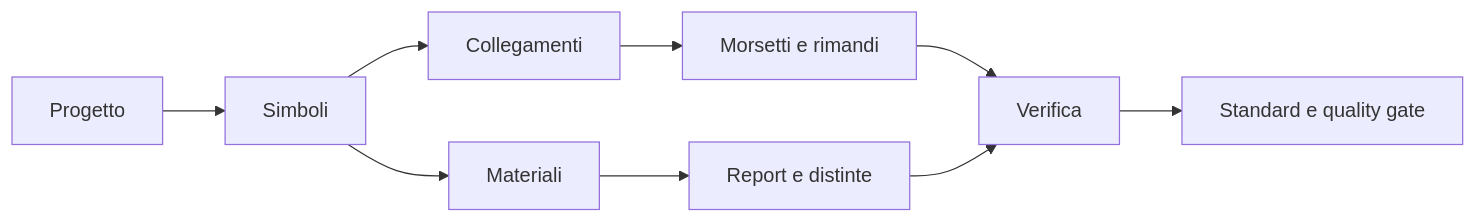
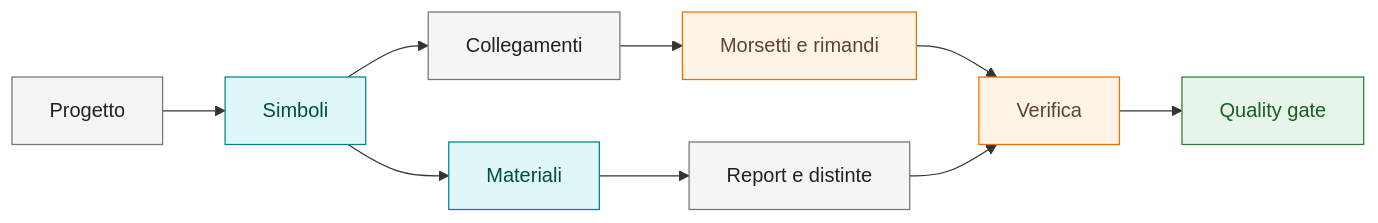
Before and after one commit to robertochello/spac-start-knowledge-base: the second of 2 diagrams in docs/index.md, drawn with Mermaid. The commit also changed other lines of this file and 27 other files, not shown here.

Commit message:
docs: standardize diagrams and visual cues

````diff
--- a/docs/index.md
+++ b/docs/index.md
@@ -53,11 +73,16 @@
 ```mermaid
 flowchart LR
-    A[Progetto] --> B[Simboli]
-    B --> C[Collegamenti]
-    C --> D[Morsetti e rimandi]
-    B --> E[Materiali]
-    E --> F[Report e distinte]
-    D --> G[Verifica]
+    A[Progetto]:::process --> B[Simboli]:::data
+    B --> C[Collegamenti]:::process
+    C --> D[Morsetti e rimandi]:::warn
+    B --> E[Materiali]:::data
+    E --> F[Report e distinte]:::process
+    D --> G[Verifica]:::warn
     F --> G
-    G --> H[Standard e quality gate]
+    G --> H[Quality gate]:::ok
+
+    classDef ok fill:#e6f4ea,stroke:#2e7d32,color:#1b5e20;
+    classDef warn fill:#fff4e5,stroke:#ef6c00,color:#5d4037;
+    classDef data fill:#e0f7fa,stroke:#00838f,color:#004d40;
+    classDef process fill:#f5f5f5,stroke:#757575,color:#212121;
 ```
````
